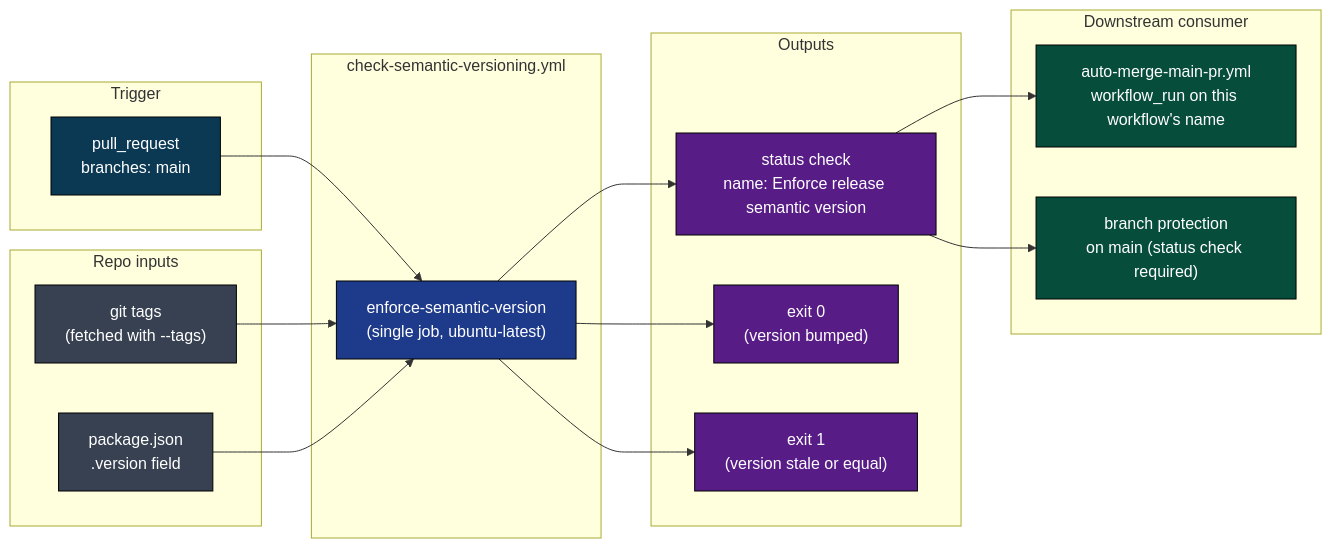
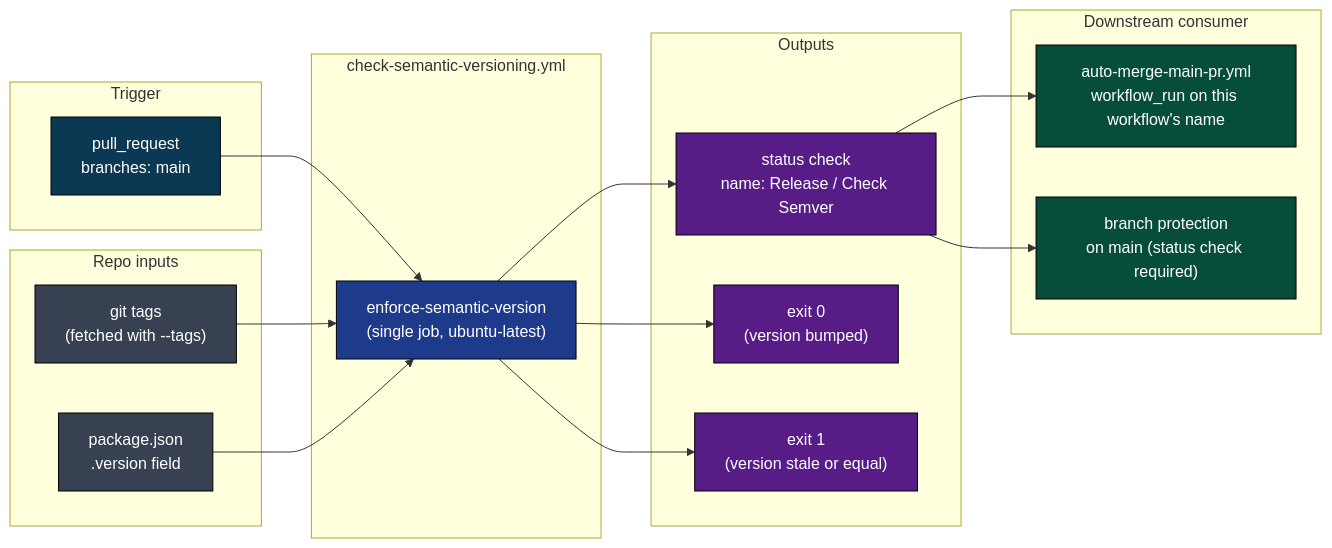
One commit to gregreindel/llm-exe changed the first of 9 diagrams in .github/docs/CHECK_SEMVER_DEEP_DIVE.md. Above: the diagram before and after it, drawn with Mermaid. The commit also changed other lines of this file and 5 other files, not shown here.

````diff
--- a/.github/docs/CHECK_SEMVER_DEEP_DIVE.md
+++ b/.github/docs/CHECK_SEMVER_DEEP_DIVE.md
@@ -25,41 +25,41 @@
 ```mermaid
 flowchart LR
     classDef trig fill:#0b3954,color:#fff,stroke:#000
     classDef job fill:#1e3a8a,color:#fff,stroke:#000
     classDef file fill:#374151,color:#fff,stroke:#000
     classDef out fill:#581c87,color:#fff,stroke:#000
     classDef cons fill:#064e3b,color:#fff,stroke:#000
 
     subgraph T["Trigger"]
         t1["pull_request\nbranches: main"]:::trig
     end
 
     subgraph W["check-semantic-versioning.yml"]
         J["enforce-semantic-version\n(single job, ubuntu-latest)"]:::job
     end
 
     subgraph R["Repo inputs"]
         f1["git tags\n(fetched with --tags)"]:::file
         f2["package.json\n.version field"]:::file
     end
 
     subgraph O["Outputs"]
-        o1["status check\nname: Enforce release semantic version"]:::out
+        o1["status check\nname: Release / Check Semver"]:::out
         o2["exit 0\n(version bumped)"]:::out
         o3["exit 1\n(version stale or equal)"]:::out
     end
 
     subgraph D["Downstream consumer"]
         d1["auto-merge-main-pr.yml\nworkflow_run on this workflow's name"]:::cons
         d2["branch protection\non main (status check required)"]:::cons
     end
 
     t1 --> J
     f1 --> J
     f2 --> J
     J --> o1
     J --> o2
     J --> o3
     o1 --> d1
     o1 --> d2
 ```
````
